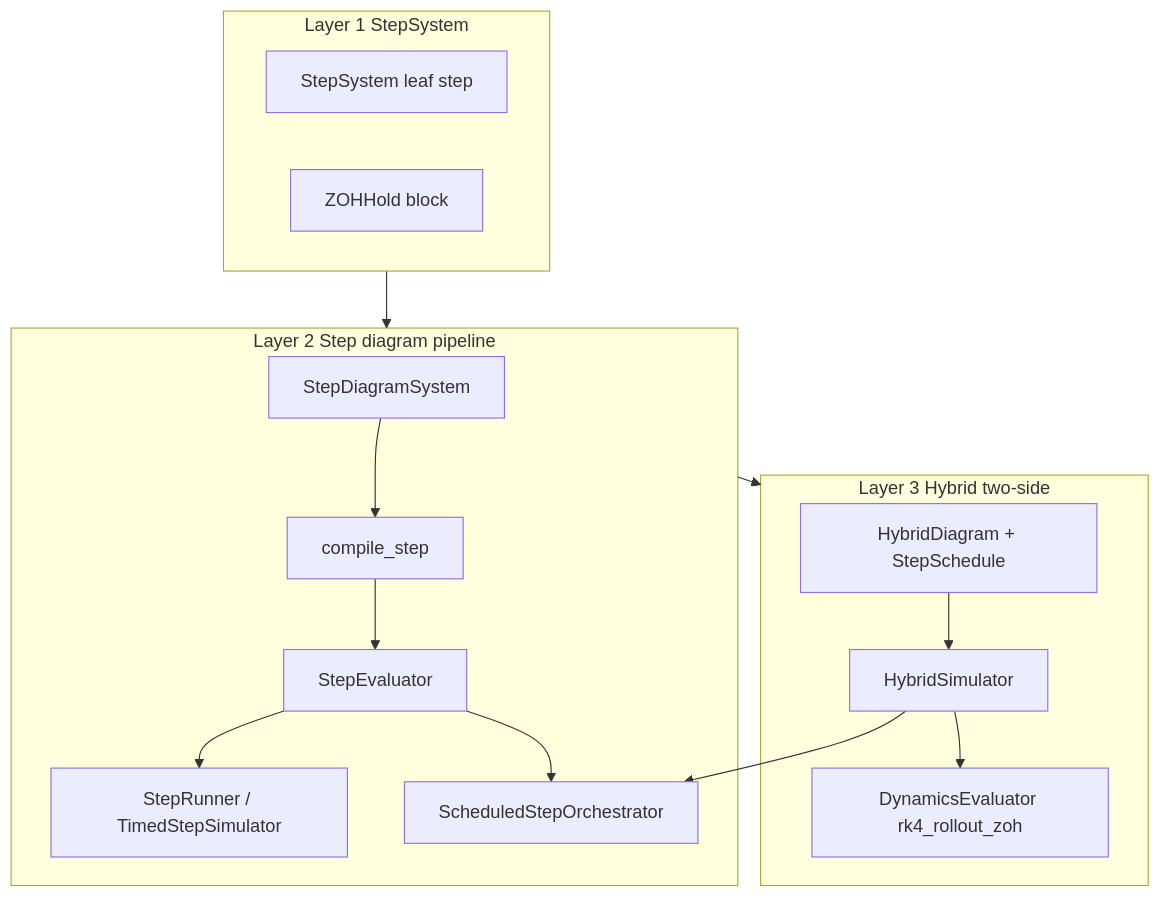
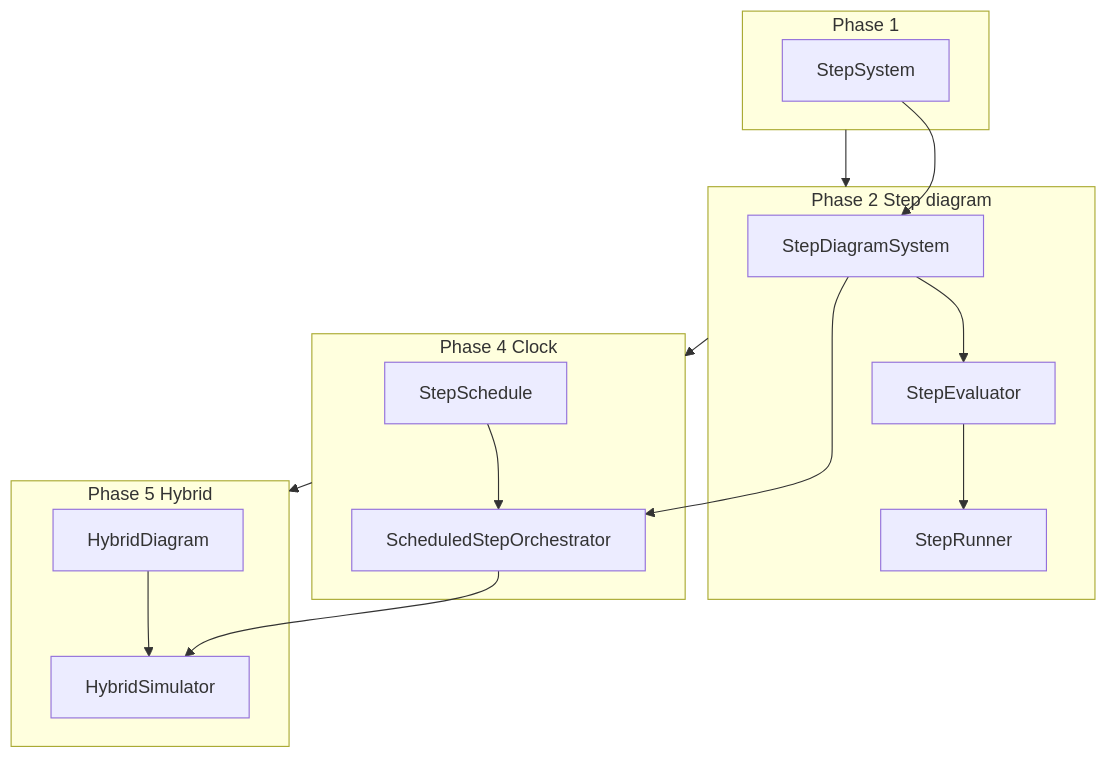
The fourth of 4 diagrams in docs/plans/hybrid-discrete-simulation.md (alx87grd/minilink), drawn with Mermaid before and after one commit. The commit also changed other lines of this file and 10 other files, not shown here.

````diff
--- a/docs/plans/hybrid-discrete-simulation.md
+++ b/docs/plans/hybrid-discrete-simulation.md
@@ -526,29 +526,29 @@
 ```mermaid
 flowchart TB
-    subgraph layer1 [Layer 1 StepSystem]
-        SS[StepSystem leaf step]
-        ZOH[ZOHHold block]
+    subgraph p1 [Phase 1]
+        SS[StepSystem]
     end
 
-    subgraph layer2 [Layer 2 Step diagram pipeline]
+    subgraph p2 [Phase 2 Step diagram]
         SDS[StepDiagramSystem]
-        SC[compile_step]
         SE[StepEvaluator]
-        SR[StepRunner / TimedStepSimulator]
-        SO[ScheduledStepOrchestrator]
-        SDS --> SC --> SE --> SR
-        SE --> SO
+        SR[StepRunner]
     end
 
-    subgraph layer3 [Layer 3 Hybrid two-side]
-        HD[HybridDiagram + StepSchedule]
-        HS[HybridSimulator]
-        CE[DynamicsEvaluator rk4_rollout_zoh]
-        HD --> HS
-        HS --> SO
-        HS --> CE
+    subgraph p4 [Phase 4 Clock]
+        SCH[StepSchedule]
+        SO[ScheduledStepOrchestrator]
     end
 
-    layer1 --> layer2
-    layer2 --> layer3
+    subgraph p5 [Phase 5 Hybrid]
+        HD[HybridDiagram]
+        HS[HybridSimulator]
+    end
+
+    SS --> SDS --> SE --> SR
+    SDS --> SO
+    SCH --> SO
+    SO --> HS
+    HD --> HS
+    p1 --> p2 --> p4 --> p5
 ```
````
